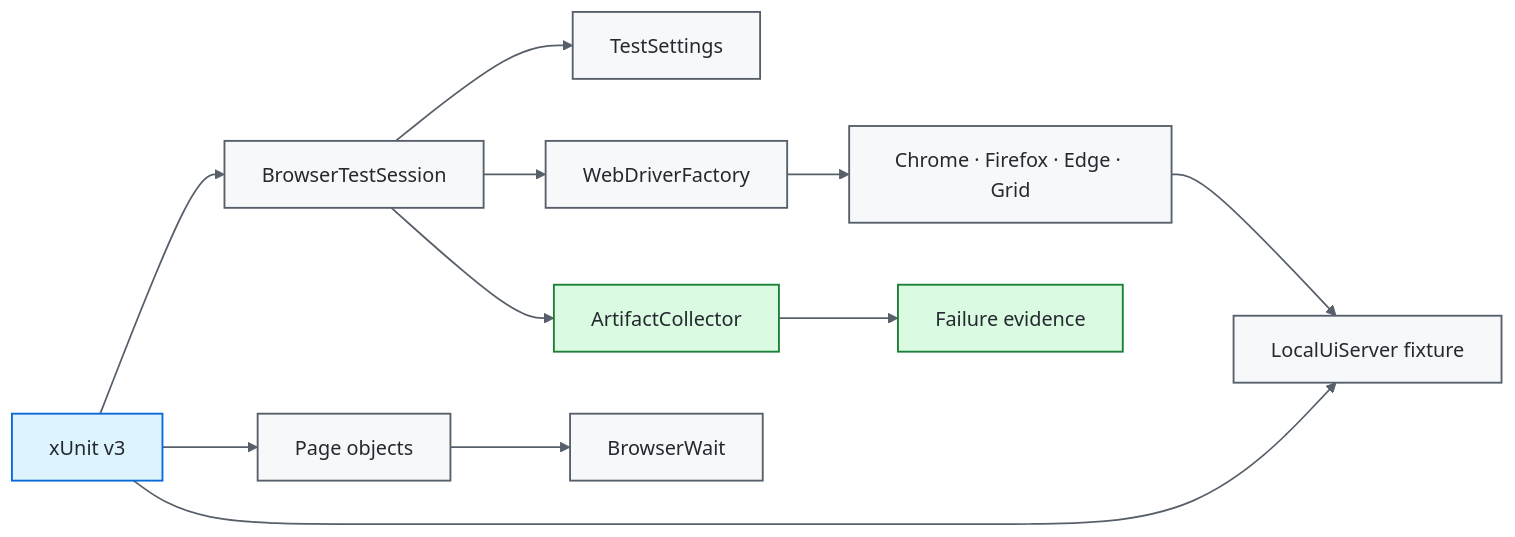
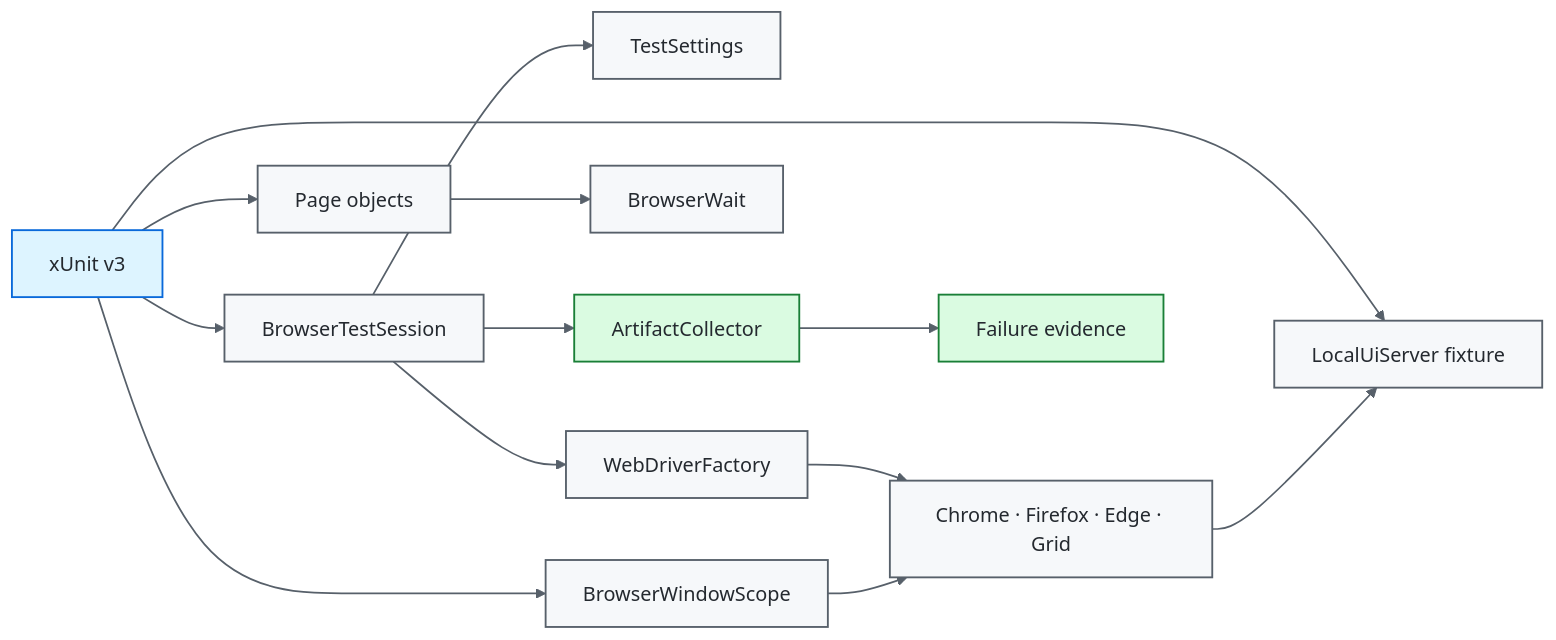
Before and after one commit to portyu9/qa-automation-dotnet-selenium: the first of 2 diagrams in README.md, drawn with Mermaid (neutral theme). The commit also changed other lines of this file, not shown here.

````diff
--- a/README.md
+++ b/README.md
@@ -38,21 +39,23 @@
 ```mermaid
 flowchart LR
     TEST[xUnit v3] --> SESSION[BrowserTestSession]
     SESSION --> CFG[TestSettings]
     SESSION --> DRIVER[WebDriverFactory]
     TEST --> PAGE[Page objects]
     PAGE --> WAIT[BrowserWait]
     TEST --> FIX[LocalUiServer fixture]
+    TEST --> WINDOW[BrowserWindowScope]
     DRIVER --> BROWSER[Chrome · Firefox · Edge · Grid]
     BROWSER --> FIX
+    WINDOW --> BROWSER
     SESSION --> ART[ArtifactCollector]
     ART --> EV[Failure evidence]
 
     classDef entry fill:#ddf4ff,stroke:#0969da,color:#24292f,stroke-width:1.5px;
     classDef core fill:#f6f8fa,stroke:#57606a,color:#24292f,stroke-width:1.5px;
     classDef evidence fill:#dafbe1,stroke:#1a7f37,color:#24292f,stroke-width:1.5px;
     class TEST entry;
-    class SESSION,CFG,DRIVER,PAGE,WAIT,FIX,BROWSER core;
+    class SESSION,CFG,DRIVER,PAGE,WAIT,FIX,WINDOW,BROWSER core;
     class ART,EV evidence;
     linkStyle default stroke:#57606a,stroke-width:1.4px;
 ```
````
